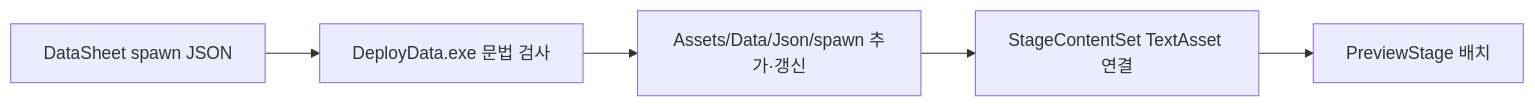
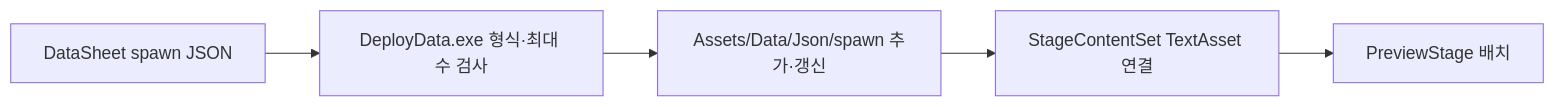
The second of 3 diagrams in Docs/맵 구성과 몬스터 배치 데이터 제안서.md (hyunho9228-web/DataSheet), drawn with Mermaid before and after one commit. The commit also changed other lines of this file and 11 other files, not shown here.

````diff
--- a/Docs/맵 구성과 몬스터 배치 데이터 제안서.md
+++ b/Docs/맵 구성과 몬스터 배치 데이터 제안서.md
@@ -66,7 +68,7 @@
 ```mermaid
 flowchart LR
-    A[DataSheet spawn JSON] --> B[DeployData.exe 문법 검사]
+    A[DataSheet spawn JSON] --> B[DeployData.exe 형식·최대 수 검사]
     B --> C[Assets/Data/Json/spawn 추가·갱신]
     C --> D[StageContentSet TextAsset 연결]
     D --> E[PreviewStage 배치]
 ```
````
